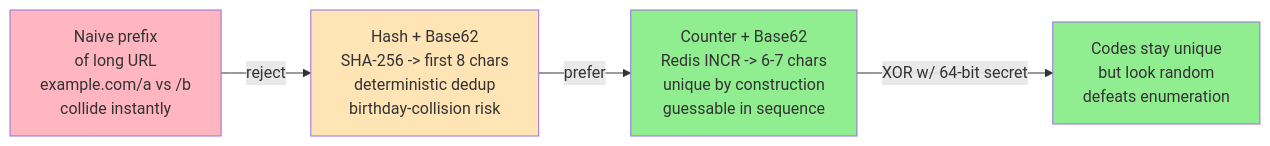
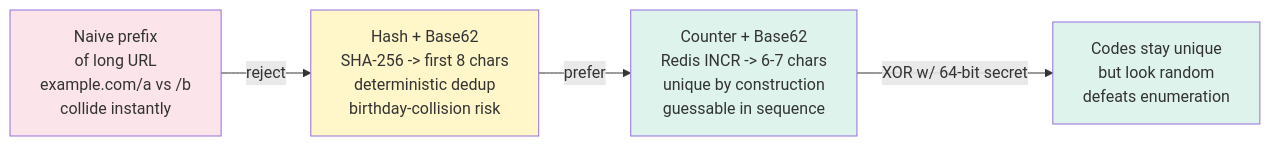
The second of 6 diagrams in LLD/questions/Design Bitly.md (cartmancodes/InterviewVault), drawn with Mermaid before and after one commit. The commit also changed other lines of this file and 679 other files, not shown here.

Commit message:
Unify content diagrams and add accessible visual walkthroughs

````diff
--- a/LLD/questions/Design Bitly.md
+++ b/LLD/questions/Design Bitly.md
@@ -180,15 +180,15 @@
 ```mermaid
 graph LR
     N["Naive prefix<br/>of long URL<br/>example.com/a vs /b<br/>collide instantly"]
     H["Hash + Base62<br/>SHA-256 -> first 8 chars<br/>deterministic dedup<br/>birthday-collision risk"]
     C["Counter + Base62<br/>Redis INCR -> 6-7 chars<br/>unique by construction<br/>guessable in sequence"]
 
     N -->|reject| H
     H -->|prefer| C
     C -->|XOR w/ 64-bit secret| SAFE["Codes stay unique<br/>but look random<br/>defeats enumeration"]
 
-    style N fill:#FFB6C1
-    style H fill:#FFE4B5
-    style C fill:#90EE90
-    style SAFE fill:#90EE90
+    style N fill:#FCE5EA
+    style H fill:#FFF6C9
+    style C fill:#DDF3EC
+    style SAFE fill:#DDF3EC
 ```
````
